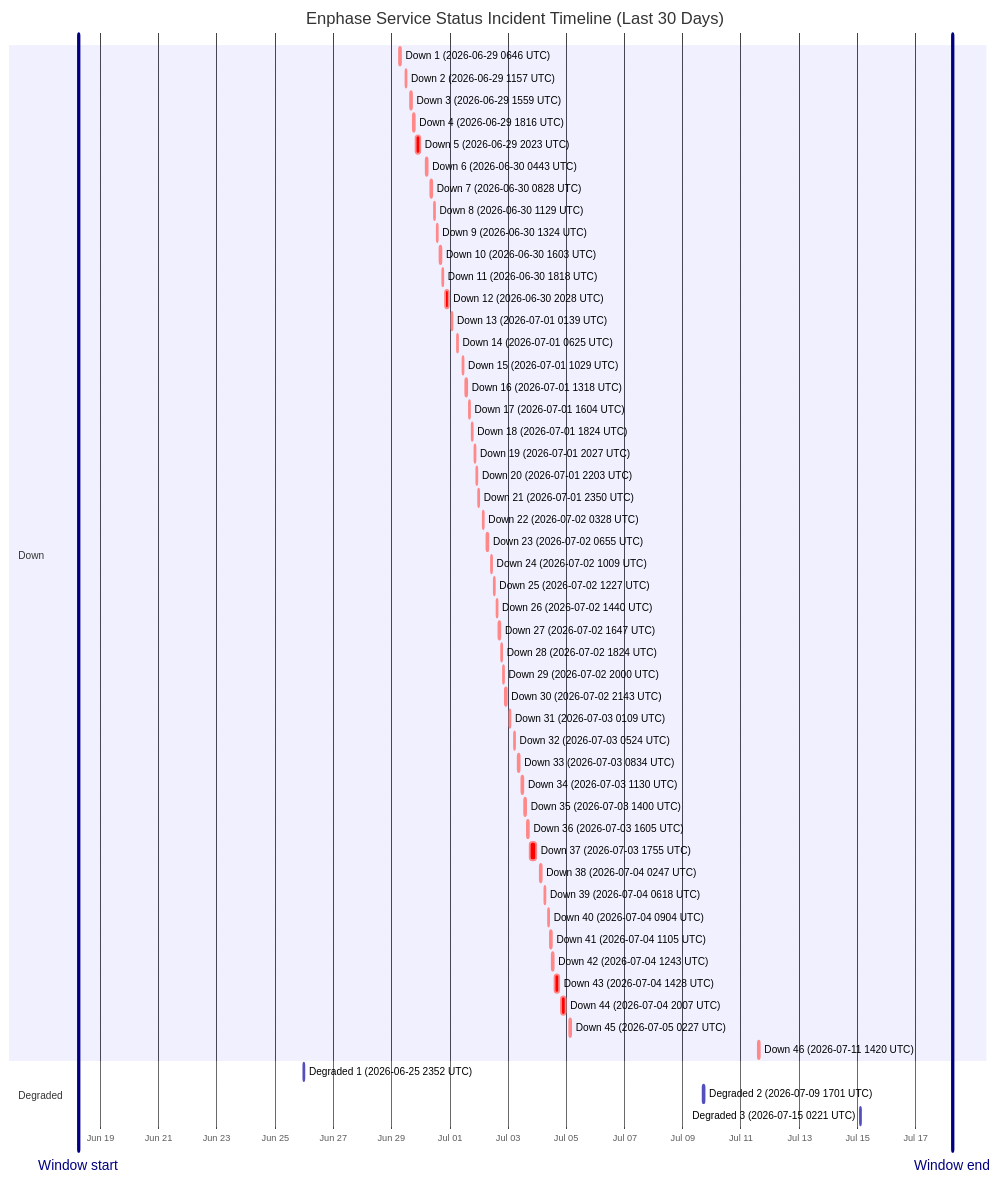
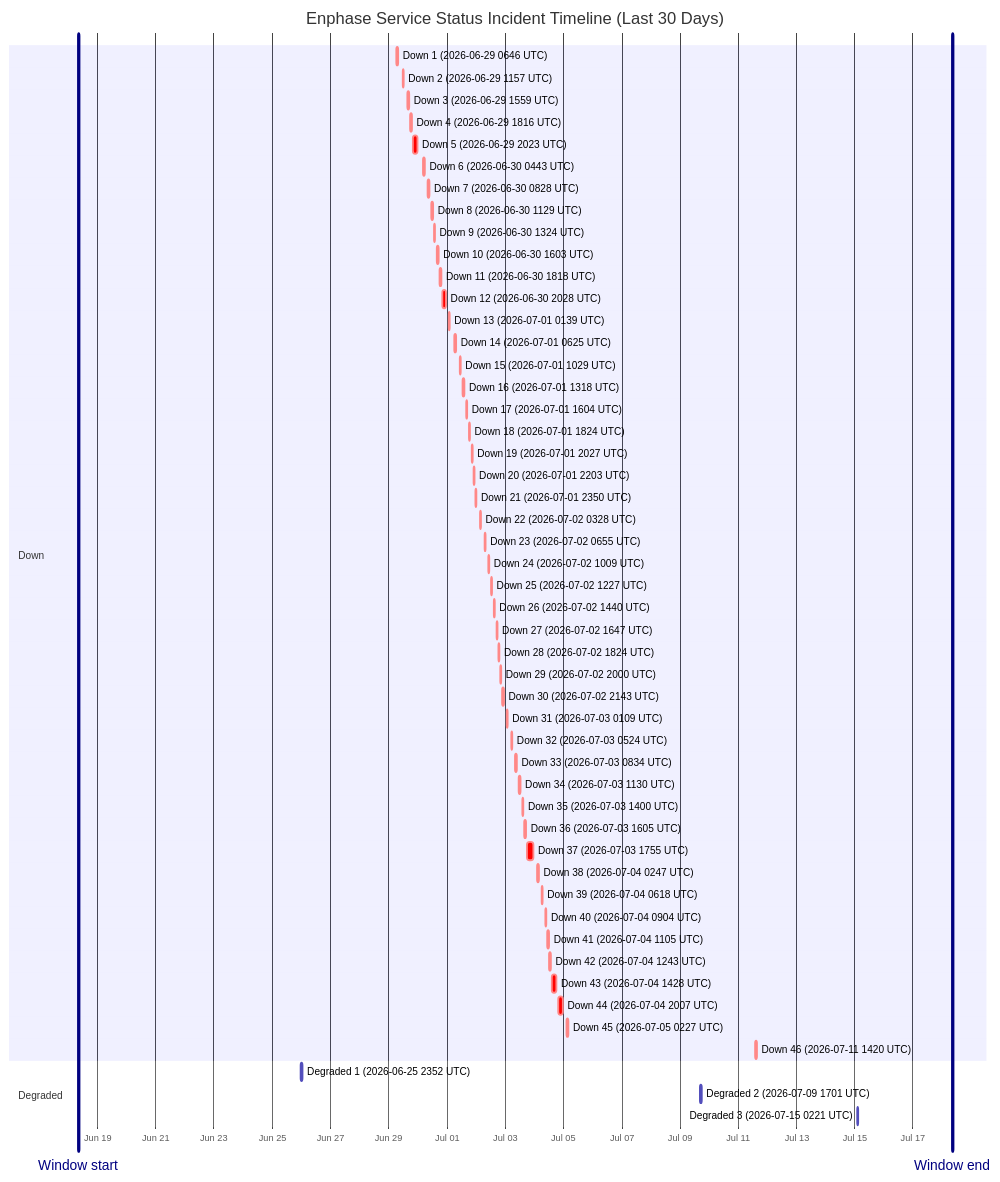
The diagram in wiki/Service-Status-History.md (barneyonline/ha-enphase-energy), drawn with Mermaid before and after one commit. The commit also changed other lines of this file and 3 other files, not shown here.

````diff
--- a/wiki/Service-Status-History.md
+++ b/wiki/Service-Status-History.md
@@ -14,59 +14,59 @@
 ```mermaid
 gantt
     title Enphase Service Status Incident Timeline (Last 30 Days)
     dateFormat  YYYY-MM-DDTHH:mm:ss
     axisFormat  %b %d
-    Window start :vert, window-start, 2026-06-18T06:03:42, 0ms
-    Window end :vert, window-end, 2026-07-18T06:03:42, 0ms
+    Window start :vert, window-start, 2026-06-18T08:18:18, 0ms
+    Window end :vert, window-end, 2026-07-18T08:18:18, 0ms
     section Down
     Down 1 (2026-06-29 0646 UTC) :crit, down-1, 2026-06-29T06:46:18, 60m
     Down 2 (2026-06-29 1157 UTC) :crit, down-2, 2026-06-29T11:57:36, 60m
     Down 3 (2026-06-29 1559 UTC) :crit, down-3, 2026-06-29T15:59:02, 60m
     Down 4 (2026-06-29 1816 UTC) :crit, down-4, 2026-06-29T18:16:38, 60m
     Down 5 (2026-06-29 2023 UTC) :crit, down-5, 2026-06-29T20:23:16, 220m
     Down 6 (2026-06-30 0443 UTC) :crit, down-6, 2026-06-30T04:43:54, 60m
     Down 7 (2026-06-30 0828 UTC) :crit, down-7, 2026-06-30T08:28:43, 60m
     Down 8 (2026-06-30 1129 UTC) :crit, down-8, 2026-06-30T11:29:15, 60m
     Down 9 (2026-06-30 1324 UTC) :crit, down-9, 2026-06-30T13:24:25, 60m
     Down 10 (2026-06-30 1603 UTC) :crit, down-10, 2026-06-30T16:03:26, 60m
     Down 11 (2026-06-30 1818 UTC) :crit, down-11, 2026-06-30T18:18:39, 60m
     Down 12 (2026-06-30 2028 UTC) :crit, down-12, 2026-06-30T20:28:54, 171m
     Down 13 (2026-07-01 0139 UTC) :crit, down-13, 2026-07-01T01:39:18, 60m
     Down 14 (2026-07-01 0625 UTC) :crit, down-14, 2026-07-01T06:25:35, 60m
     Down 15 (2026-07-01 1029 UTC) :crit, down-15, 2026-07-01T10:29:24, 60m
     Down 16 (2026-07-01 1318 UTC) :crit, down-16, 2026-07-01T13:18:31, 60m
     Down 17 (2026-07-01 1604 UTC) :crit, down-17, 2026-07-01T16:04:29, 60m
     Down 18 (2026-07-01 1824 UTC) :crit, down-18, 2026-07-01T18:24:21, 60m
     Down 19 (2026-07-01 2027 UTC) :crit, down-19, 2026-07-01T20:27:17, 60m
     Down 20 (2026-07-01 2203 UTC) :crit, down-20, 2026-07-01T22:03:46, 60m
     Down 21 (2026-07-01 2350 UTC) :crit, down-21, 2026-07-01T23:50:52, 60m
     Down 22 (2026-07-02 0328 UTC) :crit, down-22, 2026-07-02T03:28:33, 60m
     Down 23 (2026-07-02 0655 UTC) :crit, down-23, 2026-07-02T06:55:07, 60m
     Down 24 (2026-07-02 1009 UTC) :crit, down-24, 2026-07-02T10:09:15, 60m
     Down 25 (2026-07-02 1227 UTC) :crit, down-25, 2026-07-02T12:27:49, 60m
     Down 26 (2026-07-02 1440 UTC) :crit, down-26, 2026-07-02T14:40:53, 60m
     Down 27 (2026-07-02 1647 UTC) :crit, down-27, 2026-07-02T16:47:47, 60m
     Down 28 (2026-07-02 1824 UTC) :crit, down-28, 2026-07-02T18:24:26, 60m
     Down 29 (2026-07-02 2000 UTC) :crit, down-29, 2026-07-02T20:00:57, 60m
     Down 30 (2026-07-02 2143 UTC) :crit, down-30, 2026-07-02T21:43:52, 80m
     Down 31 (2026-07-03 0109 UTC) :crit, down-31, 2026-07-03T01:09:19, 60m
     Down 32 (2026-07-03 0524 UTC) :crit, down-32, 2026-07-03T05:24:23, 60m
     Down 33 (2026-07-03 0834 UTC) :crit, down-33, 2026-07-03T08:34:05, 60m
     Down 34 (2026-07-03 1130 UTC) :crit, down-34, 2026-07-03T11:30:41, 60m
     Down 35 (2026-07-03 1400 UTC) :crit, down-35, 2026-07-03T14:00:48, 60m
     Down 36 (2026-07-03 1605 UTC) :crit, down-36, 2026-07-03T16:05:49, 60m
     Down 37 (2026-07-03 1755 UTC) :crit, down-37, 2026-07-03T17:55:54, 338m
     Down 38 (2026-07-04 0247 UTC) :crit, down-38, 2026-07-04T02:47:22, 60m
     Down 39 (2026-07-04 0618 UTC) :crit, down-39, 2026-07-04T06:18:09, 60m
     Down 40 (2026-07-04 0904 UTC) :crit, down-40, 2026-07-04T09:04:41, 60m
     Down 41 (2026-07-04 1105 UTC) :crit, down-41, 2026-07-04T11:05:21, 60m
     Down 42 (2026-07-04 1243 UTC) :crit, down-42, 2026-07-04T12:43:25, 60m
     Down 43 (2026-07-04 1428 UTC) :crit, down-43, 2026-07-04T14:28:07, 243m
     Down 44 (2026-07-04 2007 UTC) :crit, down-44, 2026-07-04T20:07:50, 206m
     Down 45 (2026-07-05 0227 UTC) :crit, down-45, 2026-07-05T02:27:32, 109m
     Down 46 (2026-07-11 1420 UTC) :crit, down-46, 2026-07-11T14:20:54, 69m
     section Degraded
     Degraded 1 (2026-06-25 2352 UTC) :active, degraded-1, 2026-06-25T23:52:01, 60m
     Degraded 2 (2026-07-09 1701 UTC) :active, degraded-2, 2026-07-09T17:01:02, 60m
     Degraded 3 (2026-07-15 0221 UTC) :active, degraded-3, 2026-07-15T02:21:35, 60m
 ```
````
